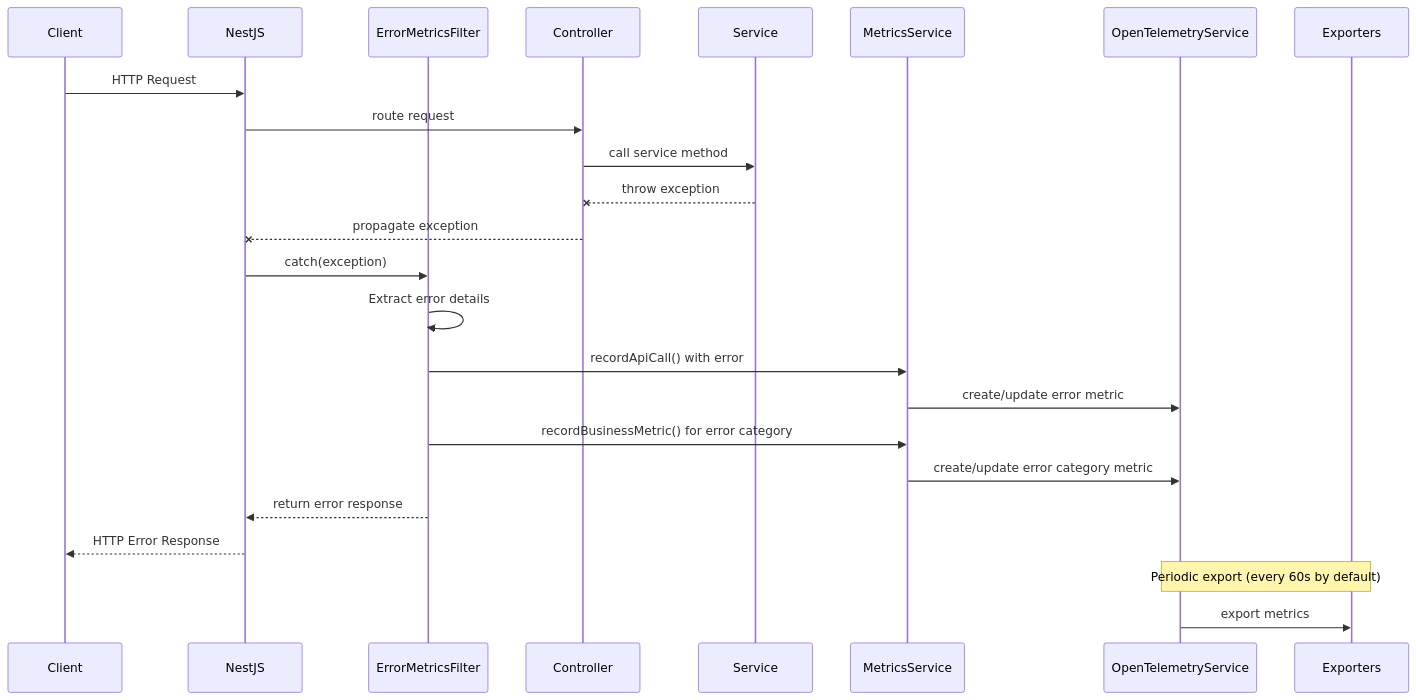
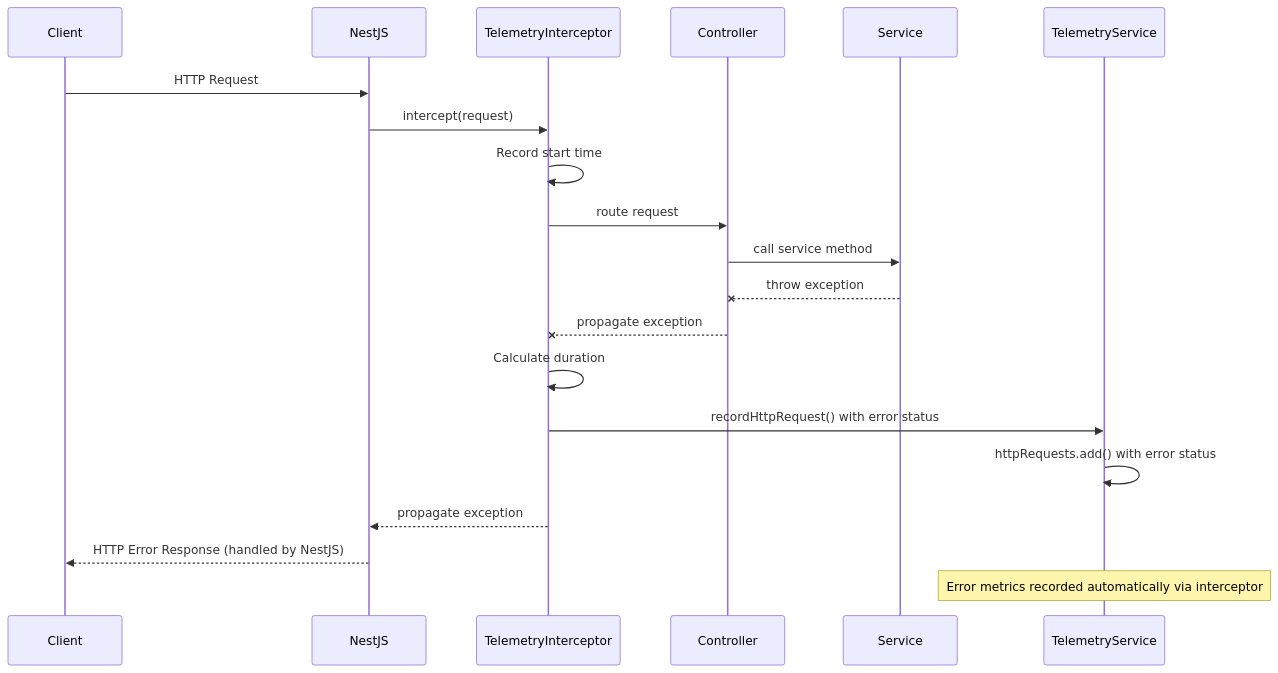
The second of 6 diagrams in docs/diagrams/sequence-diagrams.md (rswift/kleva-komputa), drawn with Mermaid before and after one commit. The commit also changed other lines of this file and 37 other files, not shown here.

````diff
--- a/docs/diagrams/sequence-diagrams.md
+++ b/docs/diagrams/sequence-diagrams.md
@@ -54,28 +54,24 @@
 ```mermaid
 sequenceDiagram
     participant Client
     participant NestJS
-    participant ErrorMetricsFilter
+    participant TelemetryInterceptor
     participant Controller
     participant Service
-    participant MetricsService
-    participant OpenTelemetryService
-    participant Exporters
+    participant TelemetryService
 
     Client->>NestJS: HTTP Request
-    NestJS->>Controller: route request
+    NestJS->>TelemetryInterceptor: intercept(request)
+    TelemetryInterceptor->>TelemetryInterceptor: Record start time
+    TelemetryInterceptor->>Controller: route request
     Controller->>Service: call service method
     Service--xController: throw exception
-    Controller--xNestJS: propagate exception
-    NestJS->>ErrorMetricsFilter: catch(exception)
-    ErrorMetricsFilter->>ErrorMetricsFilter: Extract error details
-    ErrorMetricsFilter->>MetricsService: recordApiCall() with error
-    MetricsService->>OpenTelemetryService: create/update error metric
-    ErrorMetricsFilter->>MetricsService: recordBusinessMetric() for error category
-    MetricsService->>OpenTelemetryService: create/update error category metric
-    ErrorMetricsFilter-->>NestJS: return error response
-    NestJS-->>Client: HTTP Error Response
+    Controller--xTelemetryInterceptor: propagate exception
+    TelemetryInterceptor->>TelemetryInterceptor: Calculate duration
+    TelemetryInterceptor->>TelemetryService: recordHttpRequest() with error status
+    TelemetryService->>TelemetryService: httpRequests.add() with error status
+    TelemetryInterceptor-->>NestJS: propagate exception
+    NestJS-->>Client: HTTP Error Response (handled by NestJS)
     
-    Note over OpenTelemetryService,Exporters: Periodic export (every 60s by default)
-    OpenTelemetryService->>Exporters: export metrics
+    Note over TelemetryService: Error metrics recorded automatically via interceptor
 ```
````
